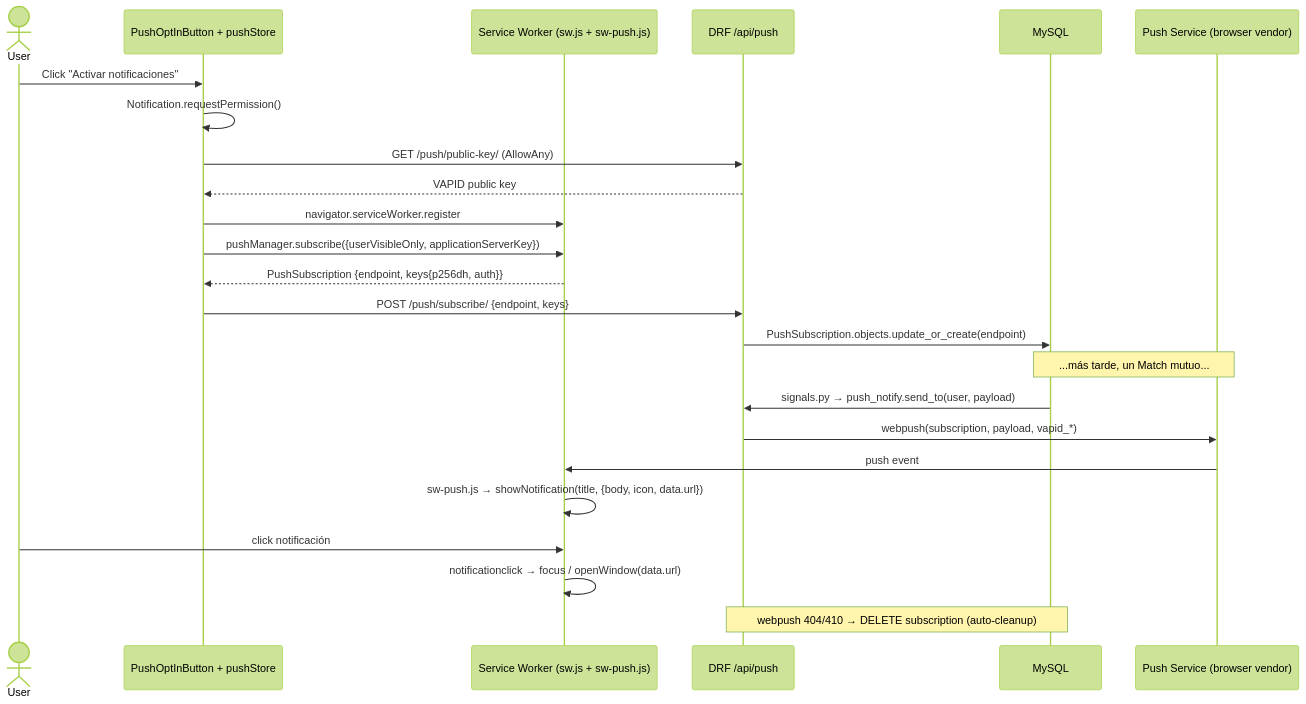
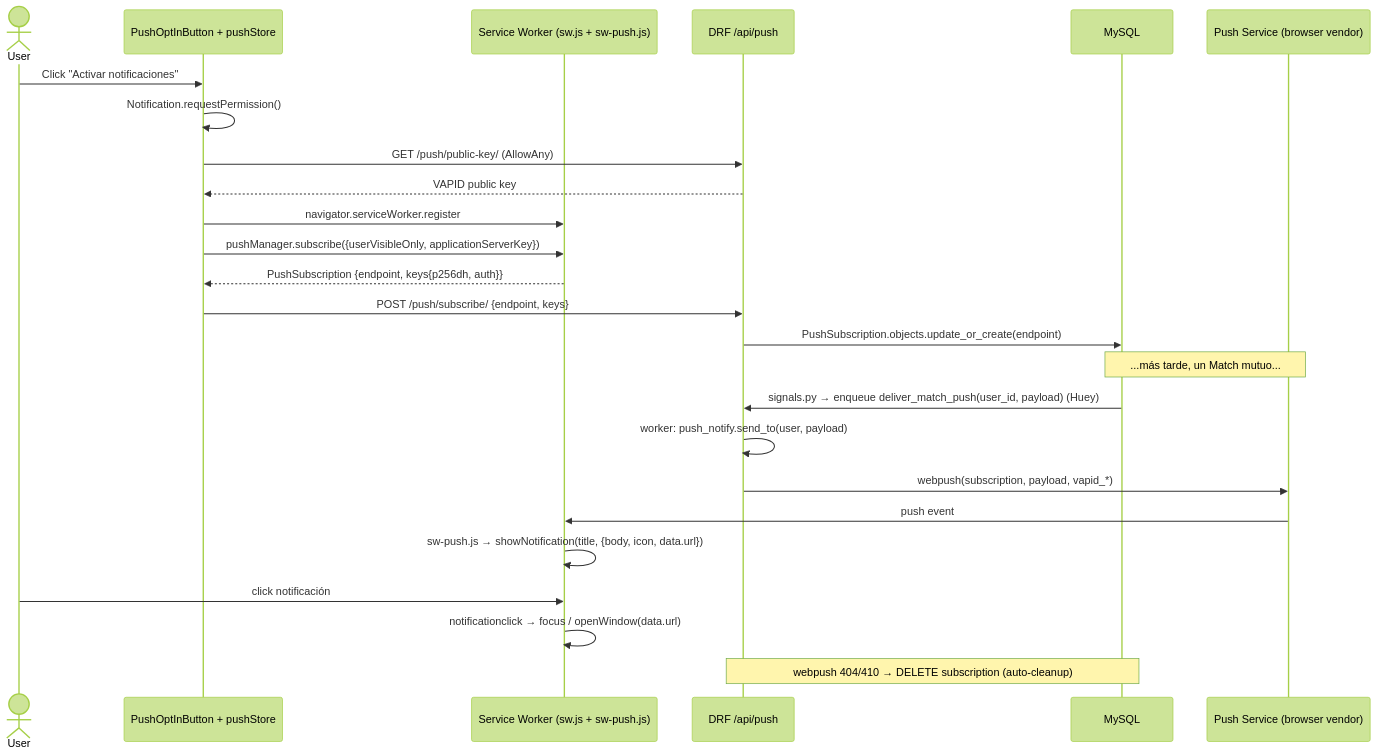
Before and after one commit to carlos18bp/albunmania_project: the fourth of 9 diagrams in docs/methodology/architecture.md, drawn with Mermaid (forest theme). The commit also changed other lines of this file and 6 other files, not shown here.

First line of the commit message:
refactor(push): move match push to a Huey task (off the request path)

````diff
--- a/docs/methodology/architecture.md
+++ b/docs/methodology/architecture.md
@@ -130,27 +134,28 @@
 ```mermaid
 sequenceDiagram
     actor User
     participant FE as PushOptInButton + pushStore
     participant SW as Service Worker (sw.js + sw-push.js)
     participant API as DRF /api/push
     participant DB as MySQL
     participant PS as Push Service (browser vendor)
 
     User->>FE: Click "Activar notificaciones"
     FE->>FE: Notification.requestPermission()
     FE->>API: GET /push/public-key/ (AllowAny)
     API-->>FE: VAPID public key
     FE->>SW: navigator.serviceWorker.register
     FE->>SW: pushManager.subscribe({userVisibleOnly, applicationServerKey})
     SW-->>FE: PushSubscription {endpoint, keys{p256dh, auth}}
     FE->>API: POST /push/subscribe/ {endpoint, keys}
     API->>DB: PushSubscription.objects.update_or_create(endpoint)
     Note over DB,PS: ...más tarde, un Match mutuo...
-    DB->>API: signals.py → push_notify.send_to(user, payload)
+    DB->>API: signals.py → enqueue deliver_match_push(user_id, payload) (Huey)
+    API->>API: worker: push_notify.send_to(user, payload)
     API->>PS: webpush(subscription, payload, vapid_*)
     PS->>SW: push event
     SW->>SW: sw-push.js → showNotification(title, {body, icon, data.url})
     User->>SW: click notificación
     SW->>SW: notificationclick → focus / openWindow(data.url)
     Note over API,DB: webpush 404/410 → DELETE subscription (auto-cleanup)
 ```
````
